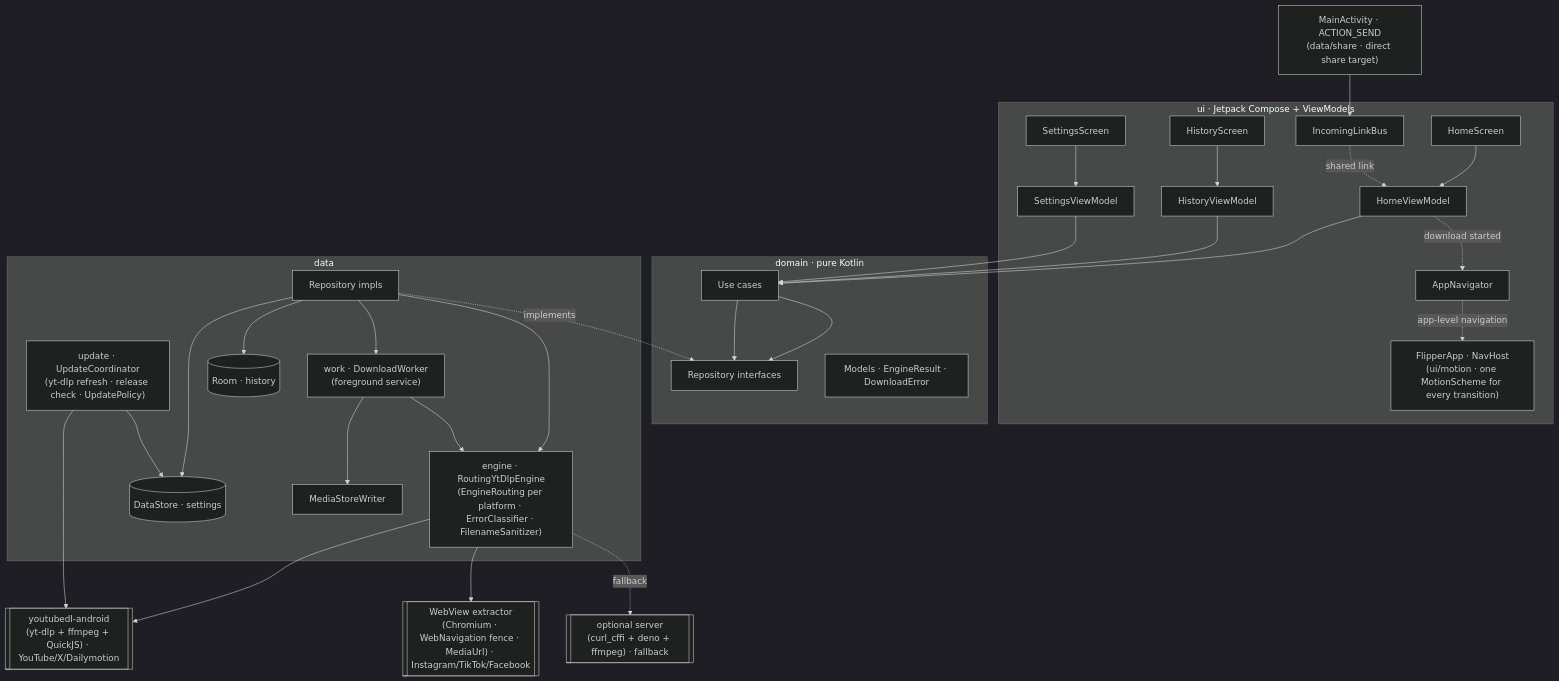
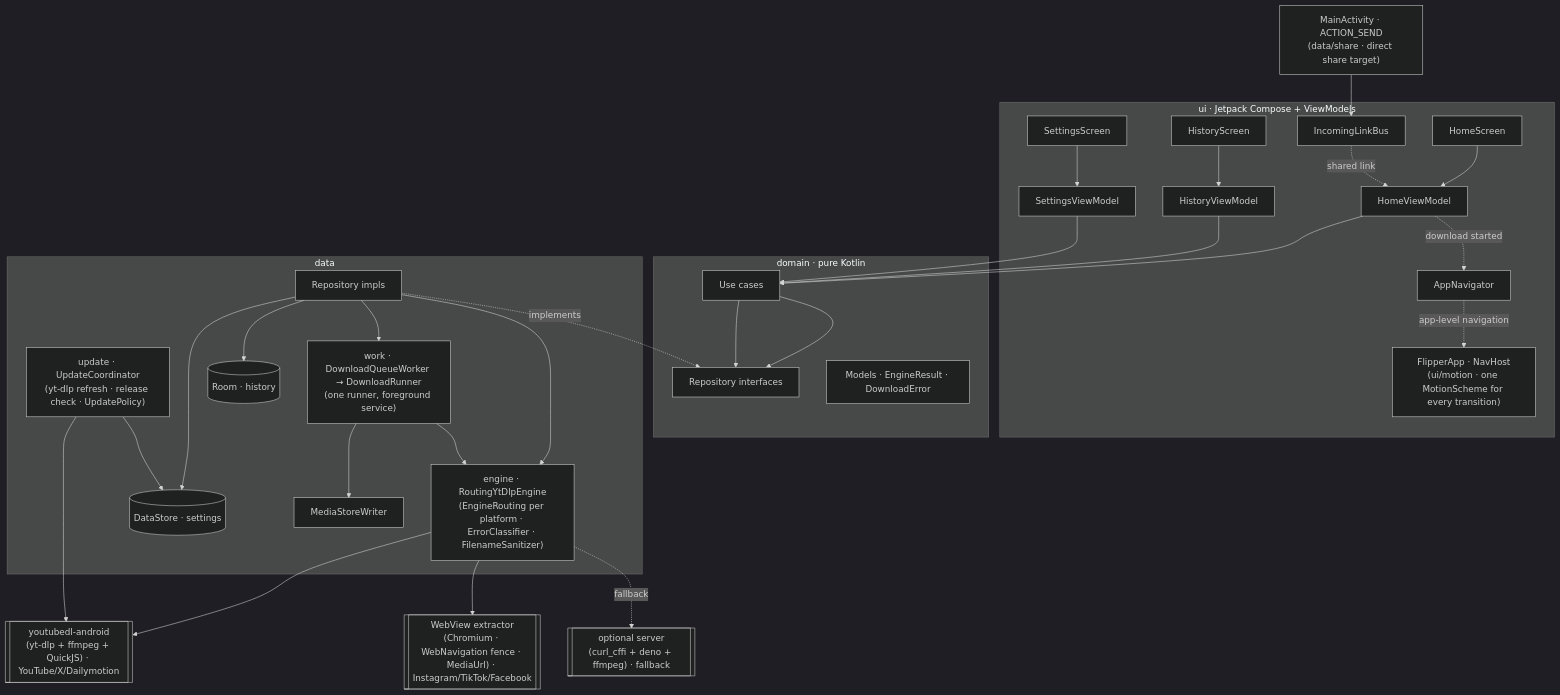
The diagram in README.md (pepperonas/flipper-the-ripper), drawn with Mermaid (dark theme) before and after one commit. The commit also changed other lines of this file, not shown here.

````diff
--- a/README.md
+++ b/README.md
@@ -139,46 +139,46 @@
 ```mermaid
 flowchart TD
     subgraph UI["ui · Jetpack Compose + ViewModels"]
         APP["FlipperApp · NavHost\n(ui/motion · one MotionScheme for every transition)"]
         Home[HomeScreen] --> HVM[HomeViewModel]
         Hist[HistoryScreen] --> HiVM[HistoryViewModel]
         Set[SettingsScreen] --> SVM[SettingsViewModel]
         NAV[AppNavigator] -. app-level navigation .-> APP
         BUS[IncomingLinkBus] -. shared link .-> HVM
     end
     ACT["MainActivity · ACTION_SEND\n(data/share · direct share target)"] --> BUS
     subgraph DOMAIN["domain · pure Kotlin"]
         UC[Use cases] --> RIF[Repository interfaces]
         MODELS[Models · EngineResult · DownloadError]
     end
     subgraph DATA["data"]
         REPO[Repository impls]
         UPD["update · UpdateCoordinator\n(yt-dlp refresh · release check · UpdatePolicy)"]
         ENGINE["engine · RoutingYtDlpEngine\n(EngineRouting per platform · ErrorClassifier · FilenameSanitizer)"]
-        WORK["work · DownloadWorker\n(foreground service)"]
+        WORK["work · DownloadQueueWorker → DownloadRunner\n(one runner, foreground service)"]
         ROOM[(Room · history)]
         DS[(DataStore · settings)]
         MEDIA[MediaStoreWriter]
     end
     YTDLP[["youtubedl-android\n(yt-dlp + ffmpeg + QuickJS) · YouTube/X/Dailymotion"]]
     WEBVIEW[["WebView extractor\n(Chromium · WebNavigation fence · MediaUrl) · Instagram/TikTok/Facebook"]]
     SERVER[["optional server\n(curl_cffi + deno + ffmpeg) · fallback"]]
 
     HVM --> UC
     HiVM --> UC
     SVM --> UC
     UC --> RIF
     REPO -. implements .-> RIF
     REPO --> ENGINE
     REPO --> ROOM
     REPO --> WORK
     WORK --> ENGINE
     WORK --> MEDIA
     ENGINE --> YTDLP
     ENGINE --> WEBVIEW
     ENGINE -. fallback .-> SERVER
     REPO --> DS
     HVM -. download started .-> NAV
     UPD --> YTDLP
     UPD --> DS
 ```
````
